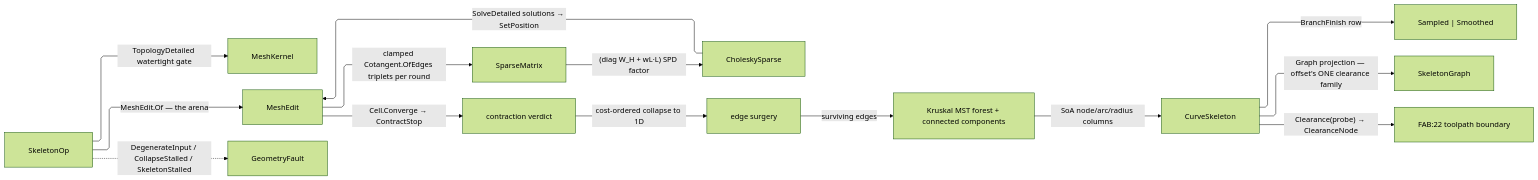
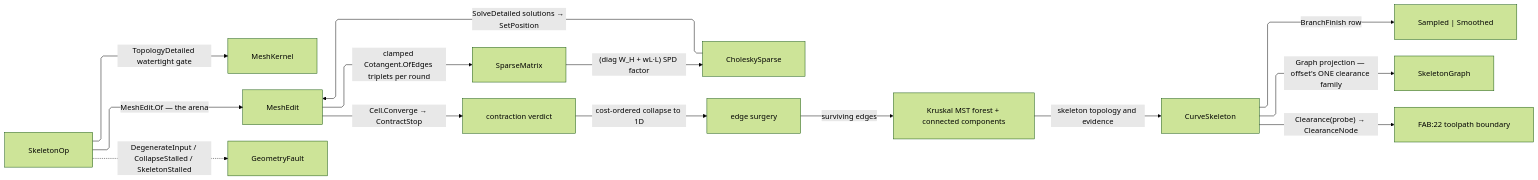
Before and after one commit to bsamiee/Rasm: the diagram in libs/dotnet/Rasm/.planning/Meshing/skeleton.md, drawn with Mermaid (forest theme). The commit also changed other lines of this file and 16 other files, not shown here.

````diff
--- a/libs/dotnet/Rasm/.planning/Meshing/skeleton.md
+++ b/libs/dotnet/Rasm/.planning/Meshing/skeleton.md
@@ -502,25 +502,25 @@
 ```mermaid
 ---
 config:
   layout: elk
   flowchart:
     curve: linear
     padding: 25
 ---
 flowchart LR
     accTitle: Curve-skeleton flow
-    accDescr: Meshes flow through contraction rounds, edge-collapse surgery, and tree extraction into the frozen skeleton columns.
+    accDescr: Meshes flow through contraction rounds, edge-collapse surgery, and tree extraction into the skeleton result.
     SkeletonOp -->|TopologyDetailed watertight gate| MeshKernel
     SkeletonOp -->|MeshEdit.Of — the arena| MeshEdit
     MeshEdit -->|clamped Cotangent.OfEdges triplets per round| SparseMatrix
     SparseMatrix -->|"(diag W_H + wL·L) SPD factor"| CholeskySparse
     CholeskySparse -->|"SolveDetailed solutions → SetPosition"| MeshEdit
     MeshEdit -->|"Cell.Converge → ContractStop"| Contract["contraction verdict"]
     Contract -->|cost-ordered collapse to 1D| Surgery["edge surgery"]
     Surgery -->|surviving edges| QuikGraph["Kruskal MST forest + connected components"]
-    QuikGraph -->|SoA node/arc/radius columns| CurveSkeleton
+    QuikGraph -->|skeleton topology and evidence| CurveSkeleton
     CurveSkeleton -->|BranchFinish row| Resample["Sampled | Smoothed"]
     CurveSkeleton -->|Graph projection — offset's ONE clearance family| SkeletonGraph
     CurveSkeleton -->|"Clearance(probe) → ClearanceNode"| Fabrication["FAB:22 toolpath boundary"]
     SkeletonOp -.->|DegenerateInput / CollapseStalled / SkeletonStalled| GeometryFault
 ```
````
